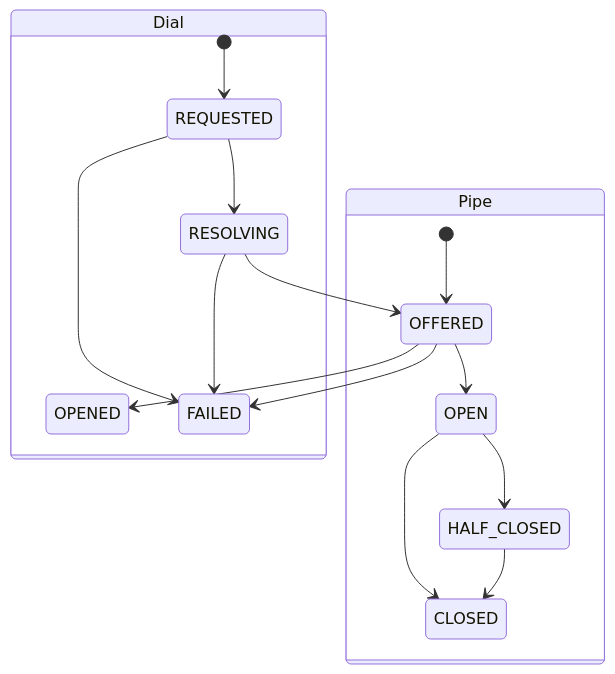
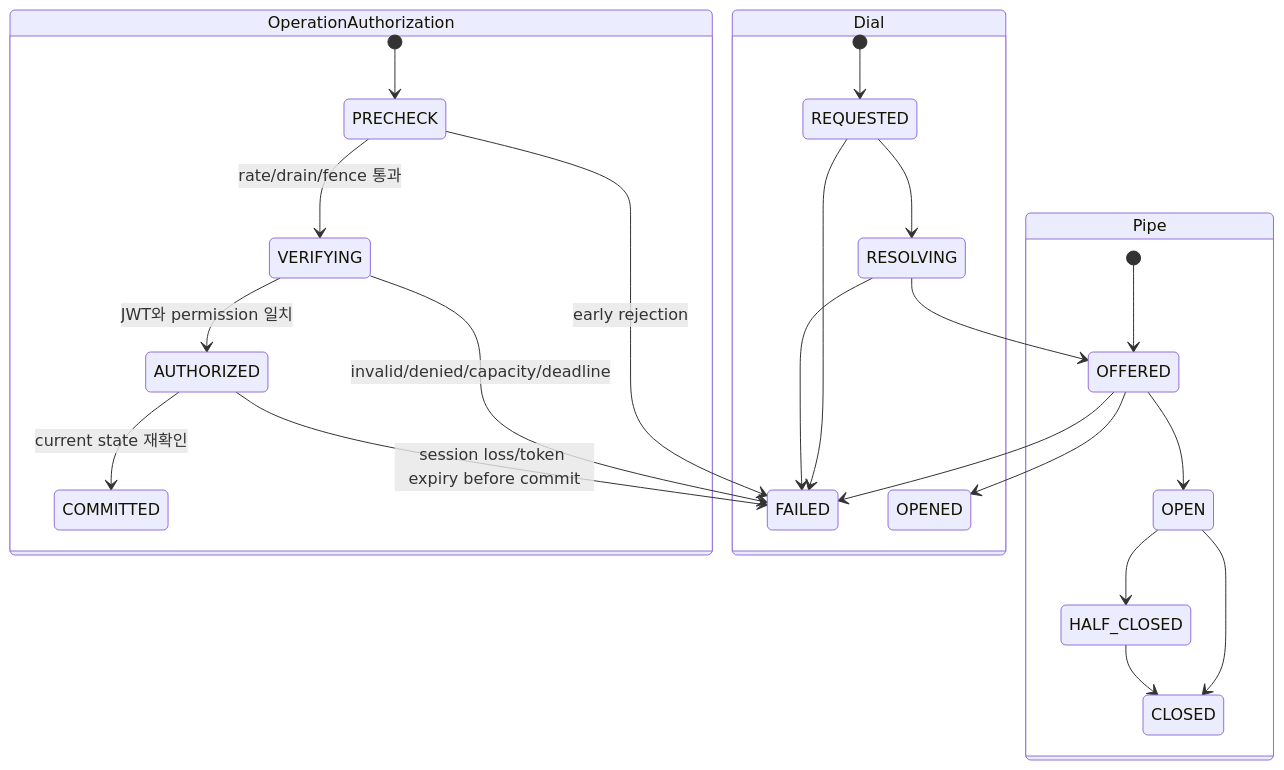
One commit to cagojeiger/relaygate changed the second of 3 diagrams in docs/spec/007-error-and-state-model.md. Above: the diagram before and after it, drawn with Mermaid. The commit also changed other lines of this file and 177 other files, not shown here.

````diff
--- a/docs/spec/007-error-and-state-model.md
+++ b/docs/spec/007-error-and-state-model.md
@@ -65,19 +71,28 @@
 ```mermaid
 stateDiagram-v2
+    state OperationAuthorization {
+        [*] --> PRECHECK
+        PRECHECK --> VERIFYING: rate/drain/fence 통과
+        PRECHECK --> FAILED: early rejection
+        VERIFYING --> AUTHORIZED: JWT와 permission 일치
+        VERIFYING --> FAILED: invalid/denied/capacity/deadline
+        AUTHORIZED --> COMMITTED: current state 재확인
+        AUTHORIZED --> FAILED: session loss/token expiry before commit
+    }
     state Dial {
         [*] --> REQUESTED
         REQUESTED --> RESOLVING
         RESOLVING --> OFFERED
         OFFERED --> OPENED
         REQUESTED --> FAILED
         RESOLVING --> FAILED
         OFFERED --> FAILED
     }
     state Pipe {
         [*] --> OFFERED
         OFFERED --> OPEN
         OPEN --> HALF_CLOSED
         OPEN --> CLOSED
         HALF_CLOSED --> CLOSED
     }
 ```
````
